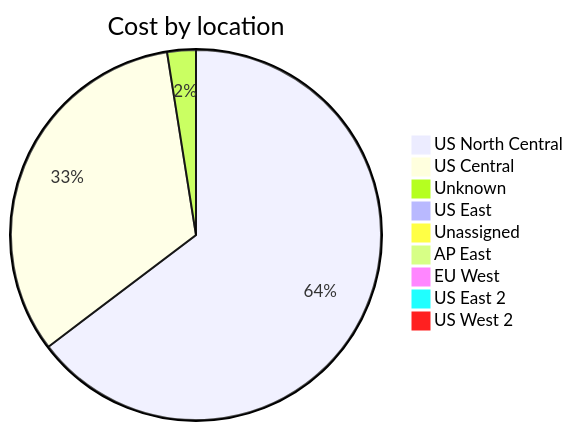
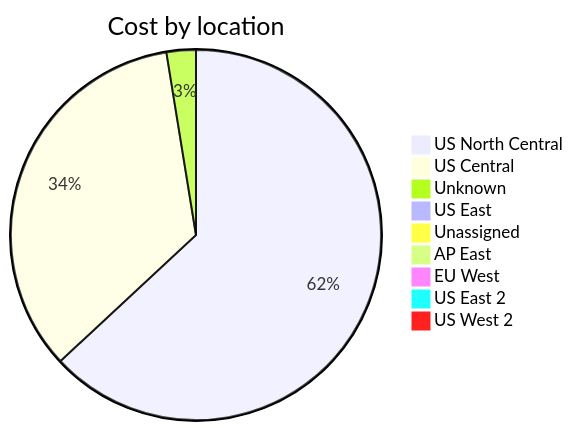
Before and after one commit to jpfulton/azure-personal-reports: the third of 4 diagrams in cost-reports/accumulated-cost.md, drawn with Mermaid. The commit also changed other lines of this file and 4 other files, not shown here.

````diff
--- a/cost-reports/accumulated-cost.md
+++ b/cost-reports/accumulated-cost.md
@@ -131,13 +131,13 @@
 ```mermaid
 pie
    title Cost by location
    "US North Central" : 15.77
-   "US Central" : 8.00
-   "Unknown" : 0.61
-   "US East" : 0.13
+   "US Central" : 8.59
+   "Unknown" : 0.64
+   "US East" : 0.14
    "Unassigned" : 0.10
    "AP East" : 0.00
    "EU West" : 0.00
    "US East 2" : 0.00
    "US West 2" : 0.00
 ```
````
